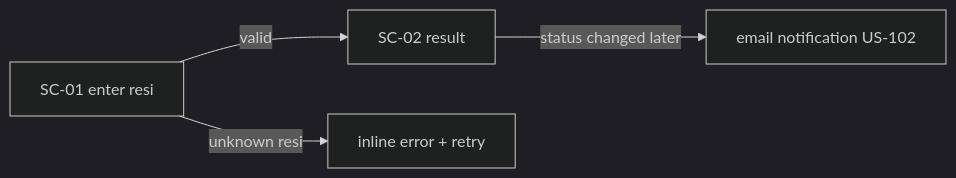
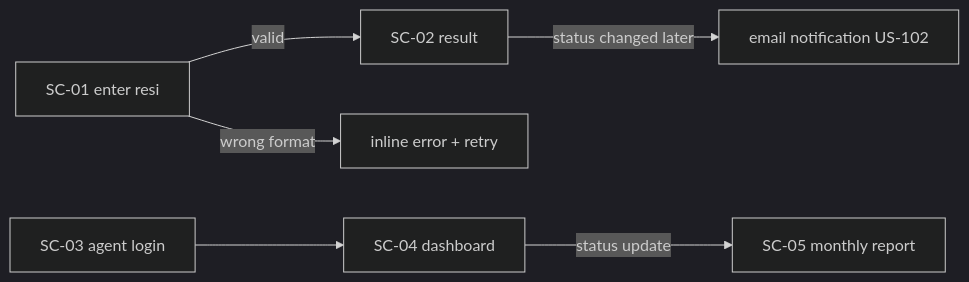
One commit to kabarbaik-xyz/termux-ai changed the diagram in team-kit/samples/04-ux-spec.md. Above: the diagram before and after it, drawn with Mermaid (dark theme). The commit also changed other lines of this file and 7 other files, not shown here.

````diff
--- a/team-kit/samples/04-ux-spec.md
+++ b/team-kit/samples/04-ux-spec.md
@@ -12,6 +9,8 @@
 ```mermaid
 flowchart LR
   A[SC-01 enter resi] -->|valid| B[SC-02 result]
-  A -->|unknown resi| A2[inline error + retry]
+  A -->|wrong format| A2[inline error + retry]
   B -->|status changed later| C[email notification US-102]
+  D[SC-03 agent login] --> E[SC-04 dashboard]
+  E -->|status update| F[SC-05 monthly report]
 ```
````
